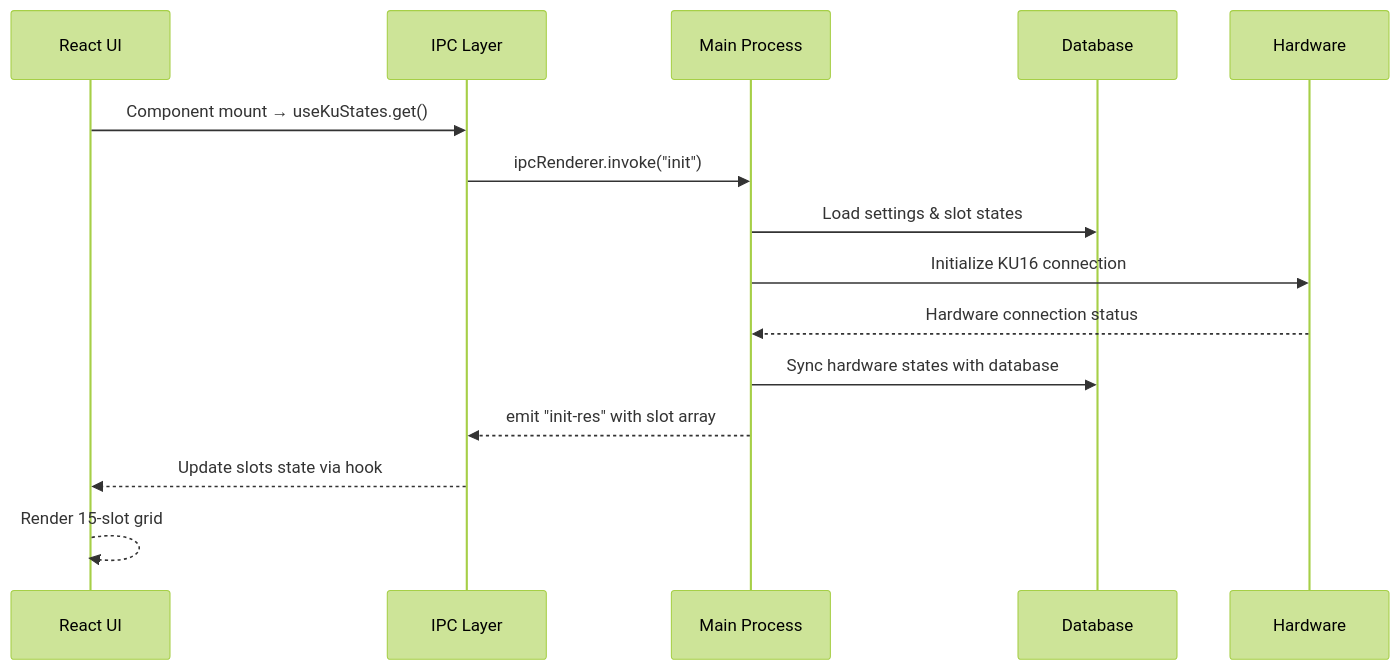
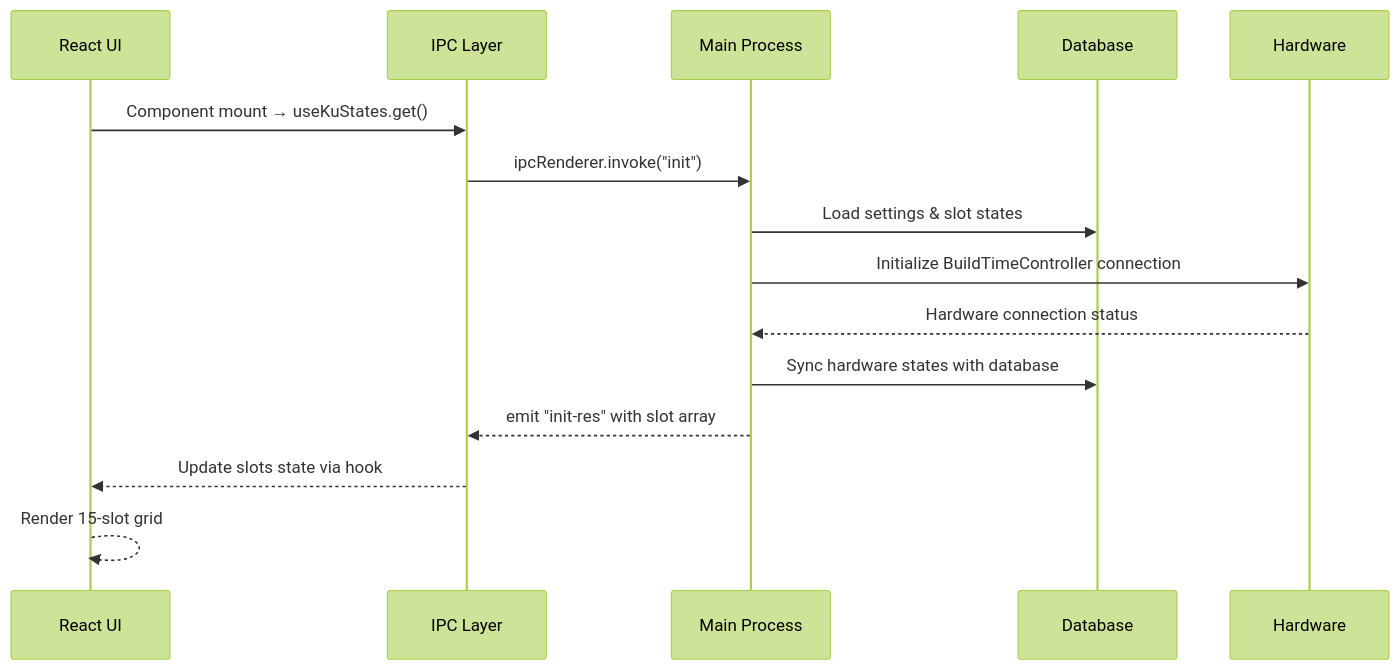
One commit to mojisejr/smc-app changed the first of 11 diagrams in docs/system-architecture/05-data-flow-patterns.md. Above: the diagram before and after it, drawn with Mermaid (forest theme). The commit also changed other lines of this file and 16 other files, not shown here.

````diff
--- a/docs/system-architecture/05-data-flow-patterns.md
+++ b/docs/system-architecture/05-data-flow-patterns.md
@@ -58,18 +58,18 @@
 ```mermaid
 sequenceDiagram
     participant UI as React UI
     participant IPC as IPC Layer
     participant Main as Main Process
     participant DB as Database
     participant HW as Hardware
 
     UI->>IPC: Component mount → useKuStates.get()
     IPC->>Main: ipcRenderer.invoke("init")
     Main->>DB: Load settings & slot states
-    Main->>HW: Initialize KU16 connection
+    Main->>HW: Initialize BuildTimeController connection
     HW-->>Main: Hardware connection status
     Main->>DB: Sync hardware states with database
     Main-->>IPC: emit "init-res" with slot array
     IPC-->>UI: Update slots state via hook
     UI-->>UI: Render 15-slot grid
 ```
````
